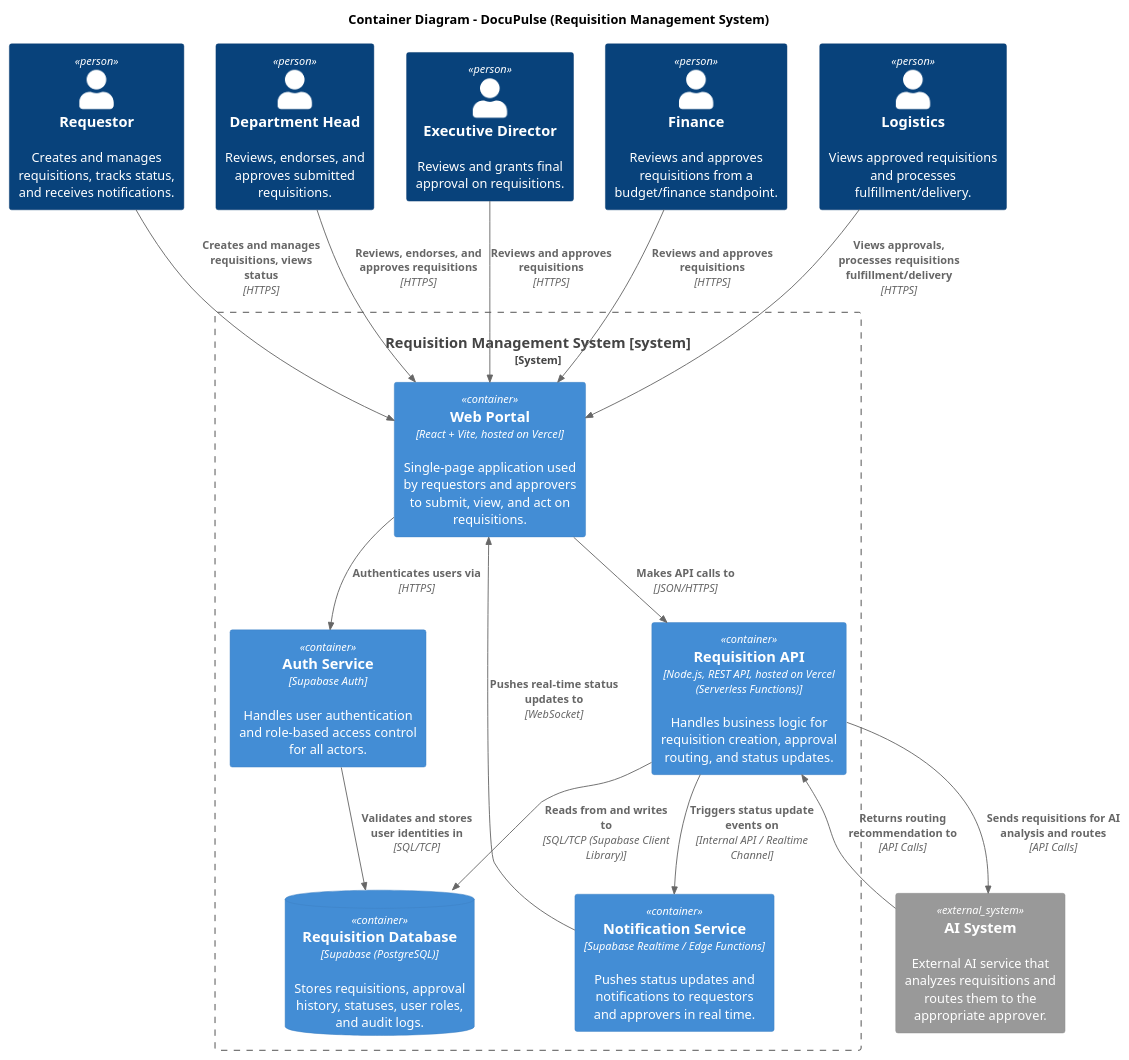
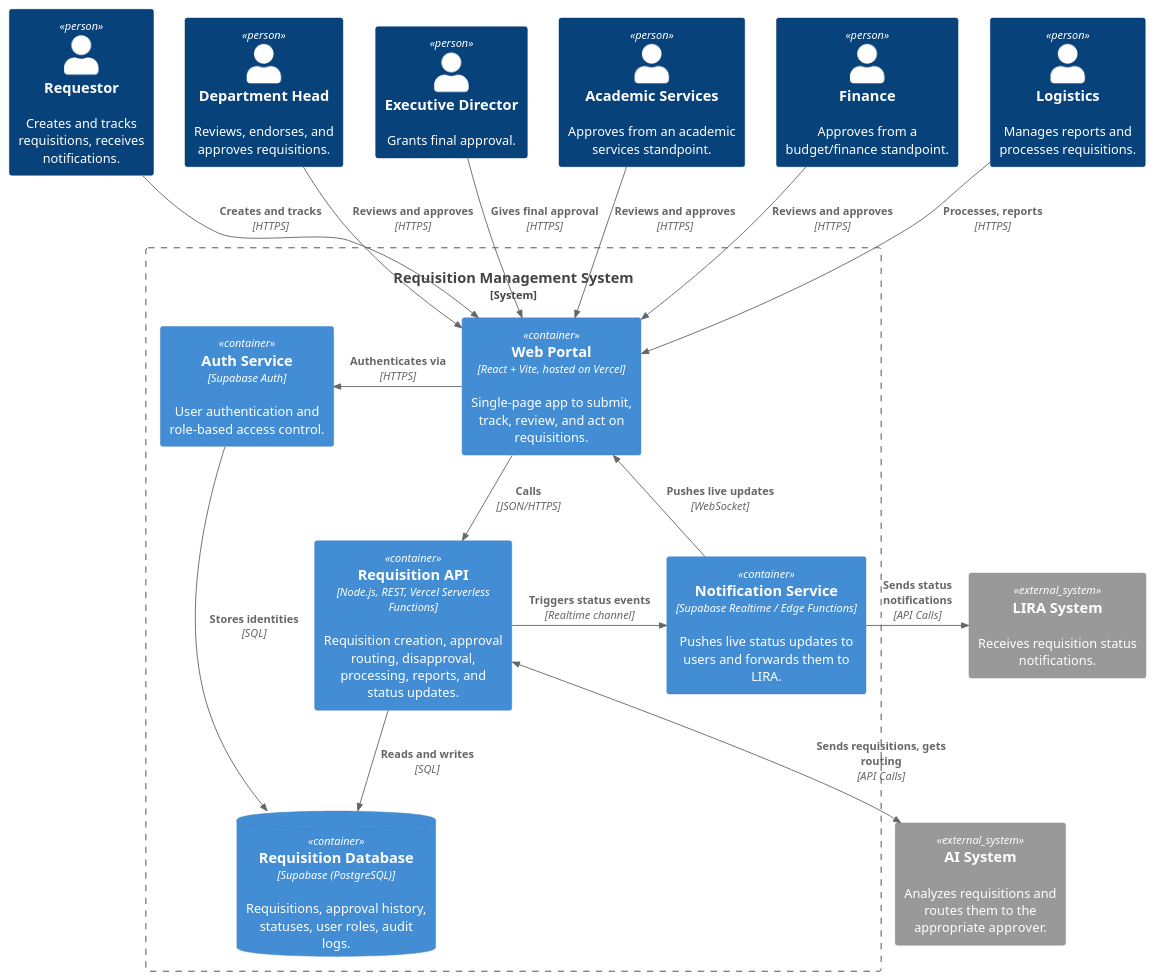
Before and after one commit to APC-SoCIT/APC-2026-2027-T1-IT241-Grp5-DocuPulse-An-AI-Assisted-Phygital-Document-Tracking-System: the diagram in docs/MSYADD1/DocuPulsecontainerdiagram.puml, drawn with PlantUML. The commit also changed 3 other files, not shown here.

Commit message:
c4 diagram fix

```diff
--- a/docs/MSYADD1/DocuPulsecontainerdiagram.puml
+++ b/docs/MSYADD1/DocuPulsecontainerdiagram.puml
@@ -1,38 +1,46 @@
-@startuml DocuPulseContainerDiagram
-!include https://raw.githubusercontent.com/plantuml-stdlib/C4-PlantUML/master/C4_Container.puml
+@startuml DocuPulse_C4_Container
+!include <C4/C4_Container>
 
-skinparam packageStyle rectangle
-title Container Diagram - DocuPulse (Requisition Management System)
+Person(requestor, "Requestor", "Creates and tracks requisitions, receives notifications.")
+Person(depthead, "Department Head", "Reviews, endorses, and approves requisitions.")
+Person(exec, "Executive Director", "Grants final approval.")
+Person(acad, "Academic Services", "Approves from an academic services standpoint.")
+Person(finance, "Finance", "Approves from a budget/finance standpoint.")
+Person(logistics, "Logistics", "Manages reports and processes requisitions.")
 
-Person(requestor, "Requestor", "Creates and manages requisitions, tracks status, and receives notifications.")
-Person(department_head, "Department Head", "Reviews, endorses, and approves submitted requisitions.")
-Person(executive_director, "Executive Director", "Reviews and grants final approval on requisitions.")
-Person(finance, "Finance", "Reviews and approves requisitions from a budget/finance standpoint.")
-Person(logistics, "Logistics", "Views approved requisitions and processes fulfillment/delivery.")
+Lay_R(requestor, depthead)
+Lay_R(depthead, exec)
+Lay_R(exec, acad)
+Lay_R(acad, finance)
+Lay_R(finance, logistics)
 
-System_Boundary(c_ecosystem, "Requisition Management System [system]") {
-    Container(web_app, "Web Portal", "React + Vite, hosted on Vercel", "Single-page application used by requestors and approvers to submit, view, and act on requisitions.")
-    Container(auth_svc, "Auth Service", "Supabase Auth", "Handles user authentication and role-based access control for all actors.")
-    Container(requisition_api, "Requisition API", "Node.js, REST API, hosted on Vercel (Serverless Functions)", "Handles business logic for requisition creation, approval routing, and status updates.")
-    ContainerDb(db, "Requisition Database", "Supabase (PostgreSQL)", "Stores requisitions, approval history, statuses, user roles, and audit logs.")
-    Container(notification_svc, "Notification Service", "Supabase Realtime / Edge Functions", "Pushes status updates and notifications to requestors and approvers in real time.")
+System_Boundary(docupulse, "Requisition Management System") {
+    Container(auth, "Auth Service", "Supabase Auth", "User authentication and role-based access control.")
+    Container(web, "Web Portal", "React + Vite, hosted on Vercel", "Single-page app to submit, track, review, and act on requisitions.")
+    Container(api, "Requisition API", "Node.js, REST, Vercel Serverless Functions", "Requisition creation, approval routing, disapproval, processing, reports, and status updates.")
+    Container(notif, "Notification Service", "Supabase Realtime / Edge Functions", "Pushes live status updates to users and forwards them to LIRA.")
+    ContainerDb(db, "Requisition Database", "Supabase (PostgreSQL)", "Requisitions, approval history, statuses, user roles, audit logs.")
 }
 
-System_Ext(ai_system, "AI System", "External AI service that analyzes requisitions and routes them to the appropriate approver.")
+System_Ext(ai, "AI System", "Analyzes requisitions and routes them to the appropriate approver.")
+System_Ext(lira, "LIRA System", "Receives requisition status notifications.")
 
-Rel(requestor, web_app, "Creates and manages requisitions, views status", "HTTPS")
-Rel(department_head, web_app, "Reviews, endorses, and approves requisitions", "HTTPS")
-Rel(executive_director, web_app, "Reviews and approves requisitions", "HTTPS")
-Rel(finance, web_app, "Reviews and approves requisitions", "HTTPS")
-Rel(logistics, web_app, "Views approvals, processes requisitions fulfillment/delivery", "HTTPS")
+Rel_D(requestor, web, "Creates and tracks", "HTTPS")
+Rel_D(depthead, web, "Reviews and approves", "HTTPS")
+Rel_D(exec, web, "Gives final approval", "HTTPS")
+Rel_D(acad, web, "Reviews and approves", "HTTPS")
+Rel_D(finance, web, "Reviews and approves", "HTTPS")
+Rel_D(logistics, web, "Processes, reports", "HTTPS")
 
-Rel(web_app, auth_svc, "Authenticates users via", "HTTPS")
-Rel(web_app, requisition_api, "Makes API calls to", "JSON/HTTPS")
-Rel(auth_svc, db, "Validates and stores user identities in", "SQL/TCP")
-Rel(requisition_api, db, "Reads from and writes to", "SQL/TCP (Supabase Client Library)")
-Rel(requisition_api, notification_svc, "Triggers status update events on", "Internal API / Realtime Channel")
-Rel(requisition_api, ai_system, "Sends requisitions for AI analysis and routes", "API Calls")
-Rel(ai_system, requisition_api, "Returns routing recommendation to", "API Calls")
-Rel(notification_svc, web_app, "Pushes real-time status updates to", "WebSocket")
+Rel_L(web, auth, "Authenticates via", "HTTPS")
+Rel_D(web, api, "Calls", "JSON/HTTPS")
+Rel_R(api, notif, "Triggers status events", "Realtime channel")
+Rel_U(notif, web, "Pushes live updates", "WebSocket")
+
+Rel_D(auth, db, "Stores identities", "SQL")
+Rel_D(api, db, "Reads and writes", "SQL")
+
+BiRel_D(api, ai, "Sends requisitions, gets routing", "API Calls")
+Rel_R(notif, lira, "Sends status notifications", "API Calls")
 
 @enduml
```
